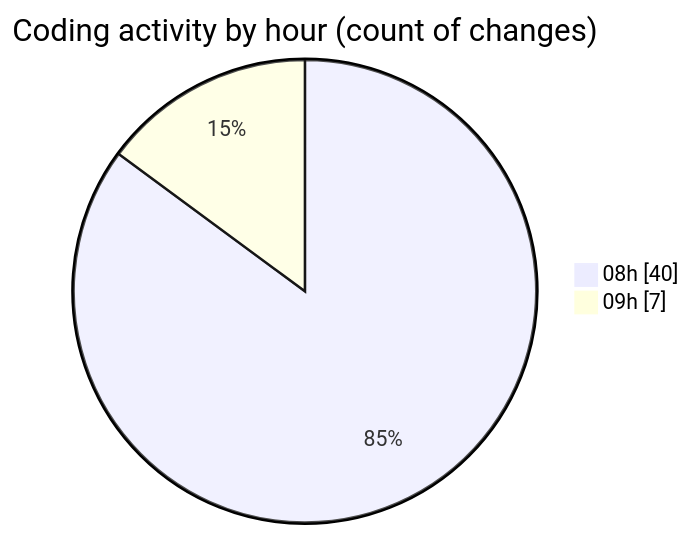
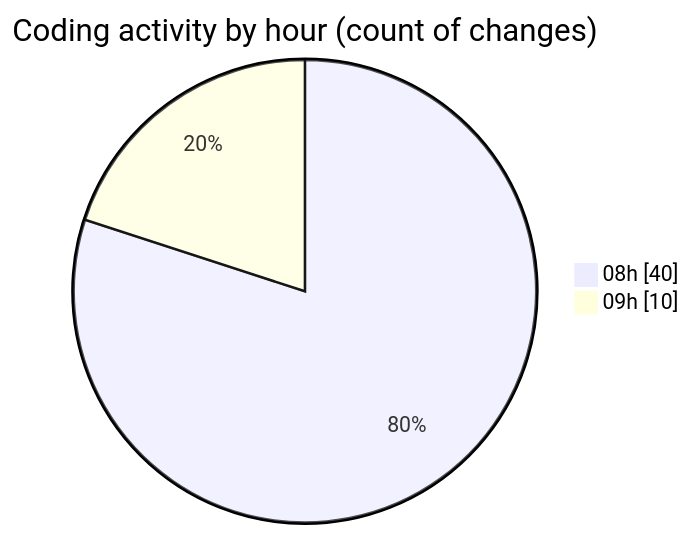
Before and after one commit to robertbonfada/code-tracking: the second of 2 diagrams in 2025-01-27/mbc-web/README.md, drawn with Mermaid. The commit also changed other lines of this file and 1 other file, not shown here.

````diff
--- a/2025-01-27/mbc-web/README.md
+++ b/2025-01-27/mbc-web/README.md
@@ -40,6 +40,6 @@
 ```mermaid
 pie showData
 title Coding activity by hour (count of changes)
 "08h" : 40
-"09h" : 7
+"09h" : 10
 ```
````
